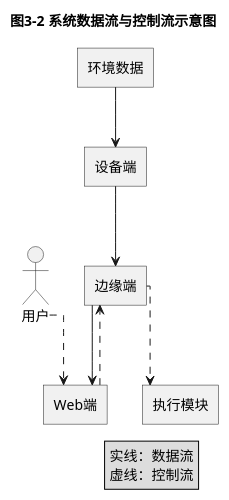
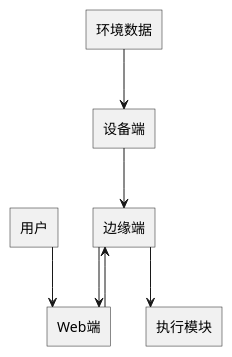
Before and after one commit to TSK-io/lunwen: the diagram in 图 3-2 系统数据流与控制流示意图.puml, drawn with PlantUML. The commit also changed 12 other files, not shown here.

```diff
--- a/图 3-2 系统数据流与控制流示意图.puml
+++ b/图 3-2 系统数据流与控制流示意图.puml
@@ -1,32 +1,26 @@
 @startuml
-title 图3-2 系统数据流与控制流示意图
 
 top to bottom direction
 skinparam monochrome true
 skinparam shadowing false
 skinparam defaultFontName Microsoft YaHei
 skinparam defaultTextAlignment center
 skinparam linetype ortho
 skinparam roundcorner 0
 
 rectangle "环境数据" as Data
 rectangle "设备端" as Device
 rectangle "边缘端" as Edge
 rectangle "Web端" as Web
 rectangle "执行模块" as Actuator
-actor 用户
+rectangle "用户" as User
 
 Data --> Device 
 Device --> Edge 
 Edge --> Web 
 
-用户 ..> Web 
-Web ..> Edge 
-Edge ..> Actuator 
-
-legend right
-实线：数据流
-虚线：控制流
-endlegend
+User --> Web 
+Web --> Edge 
+Edge --> Actuator 
 
 @enduml
```
